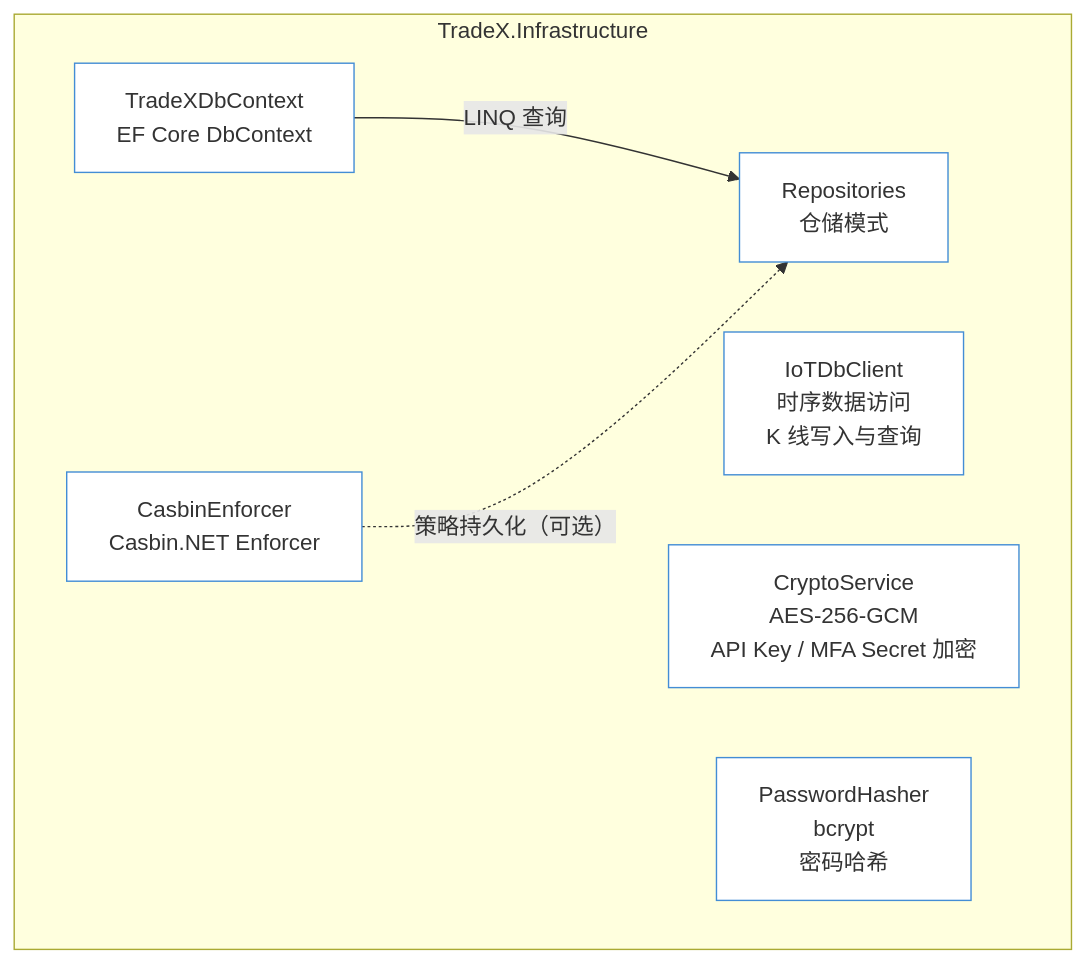
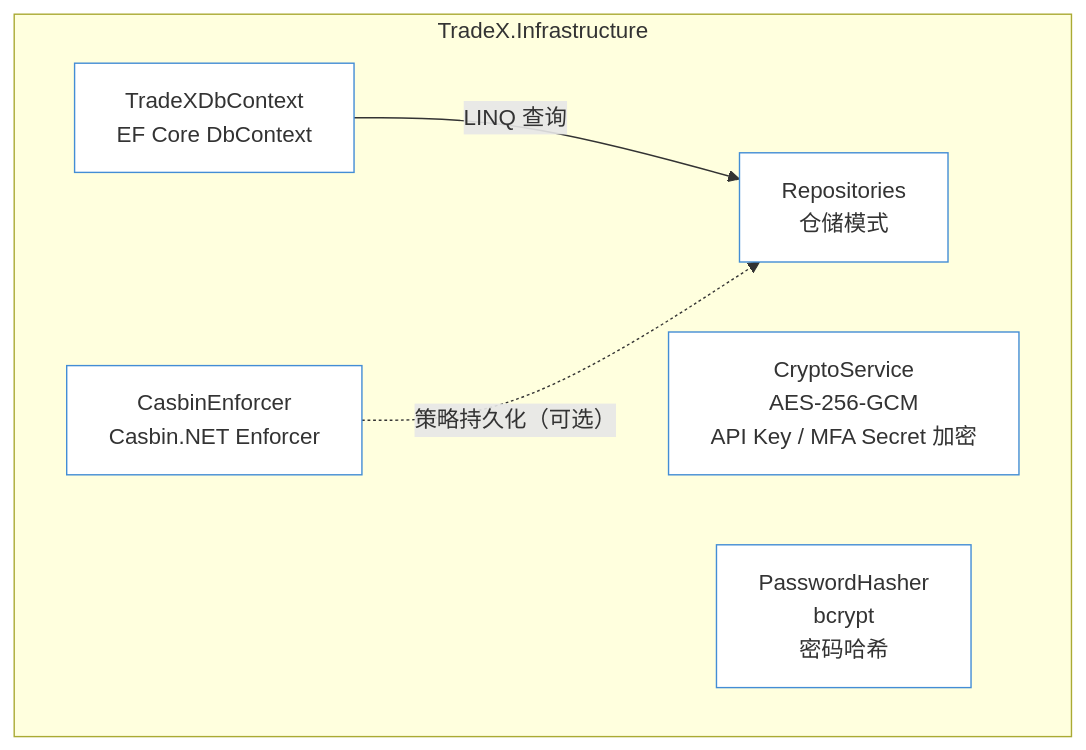
One commit to bambuo/TradeX changed the seventh of 14 diagrams in docs/TAD.md. Above: the diagram before and after it, drawn with Mermaid. The commit also changed other lines of this file and 16 other files, not shown here.

````diff
--- a/docs/TAD.md
+++ b/docs/TAD.md
@@ -423,17 +420,16 @@
 ```mermaid
 flowchart TB
   classDef container fill:#438DD5,color:#fff,stroke:#3377BB,stroke-width:2px
   classDef component fill:#fff,color:#333,stroke:#438DD5,stroke-width:1px
 
   subgraph INFRA["TradeX.Infrastructure"]
     DBCONTEXT[TradeXDbContext<br/>EF Core DbContext]:::component
     REPOS[Repositories<br/>仓储模式]:::component
     CASBIN[CasbinEnforcer<br/>Casbin.NET Enforcer]:::component
-    IOTDB_CLIENT[IoTDbClient<br/>时序数据访问<br/>K 线写入与查询]:::component
     CRYPTO[CryptoService<br/>AES-256-GCM<br/>API Key / MFA Secret 加密]:::component
     HASHER[PasswordHasher<br/>bcrypt<br/>密码哈希]:::component
   end
 
   DBCONTEXT -->|LINQ 查询| REPOS
   CASBIN -.->|策略持久化（可选）| REPOS
 ```
````
